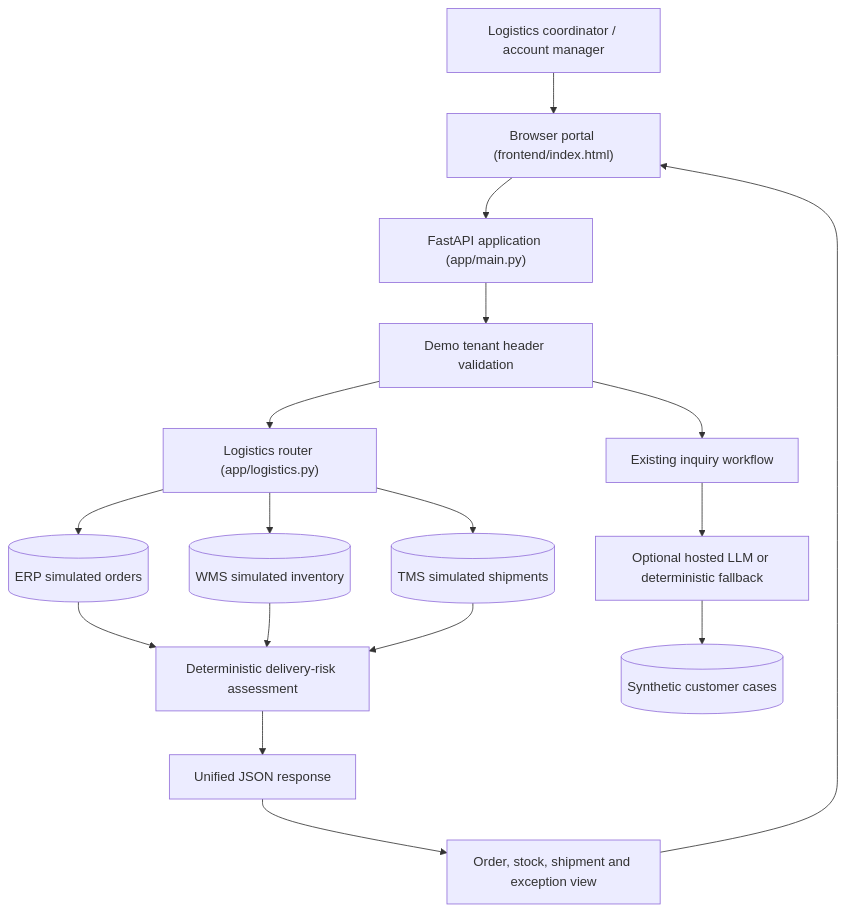
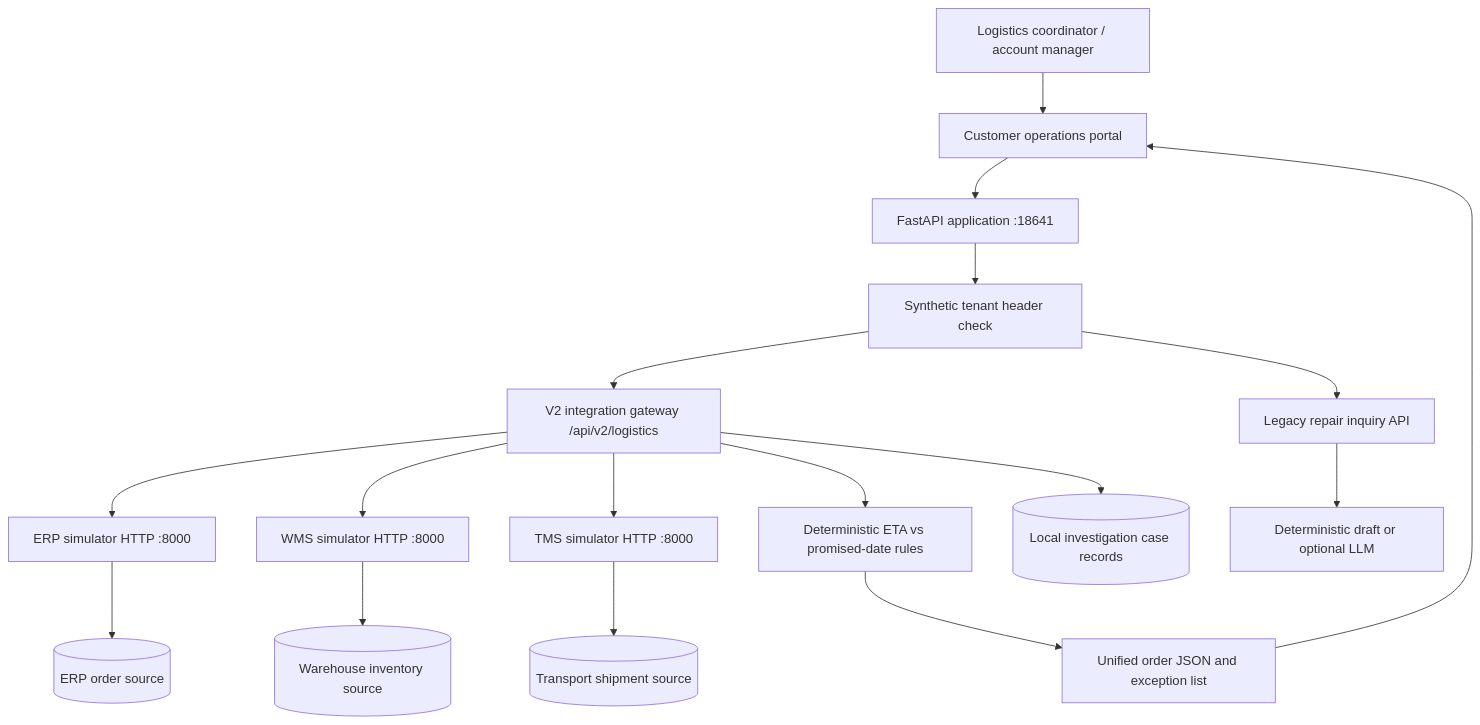
The first of 2 diagrams in README.md (nolet7/lsk-cusmerfacing-fde), drawn with Mermaid before and after one commit. The commit also changed other lines of this file, not shown here.

Commit message:
docs(fde): complete end-to-end CTO-to-user request journey and delivery plan

````diff
--- a/README.md
+++ b/README.md
@@ -26,29 +30,19 @@
 ```mermaid
 flowchart TD
-    User["Logistics coordinator / account manager"]
-    Browser["Browser portal (frontend/index.html)"]
-    API["FastAPI application (app/main.py)"]
-    Tenant["Demo tenant header validation"]
-    Logistics["Logistics router (app/logistics.py)"]
-    ERP[("ERP simulated orders")]
-    WMS[("WMS simulated inventory")]
-    TMS[("TMS simulated shipments")]
-    Rules["Deterministic delivery-risk assessment"]
-    Response["Unified JSON response"]
-    UI["Order, stock, shipment and exception view"]
-    Inquiry["Existing inquiry workflow"]
-    LLM["Optional hosted LLM or deterministic fallback"]
-    Cases[("Synthetic customer cases")]
-
-    User --> Browser --> API --> Tenant
-    Tenant --> Logistics
-    Logistics --> ERP
-    Logistics --> WMS
-    Logistics --> TMS
-    ERP --> Rules
-    WMS --> Rules
-    TMS --> Rules
-    Rules --> Response --> UI
-    UI --> Browser
-    Tenant --> Inquiry --> LLM --> Cases
+    User["Logistics coordinator / account manager"] --> Portal["Customer operations portal"]
+    Portal --> Gateway["FastAPI application :18641"]
+    Gateway --> Scope["Synthetic tenant header check"]
+    Scope --> V2["V2 integration gateway /api/v2/logistics"]
+    V2 --> ERP["ERP simulator HTTP :8000"]
+    V2 --> WMS["WMS simulator HTTP :8000"]
+    V2 --> TMS["TMS simulator HTTP :8000"]
+    ERP --> Orders[("ERP order source")]
+    WMS --> Inventory[("Warehouse inventory source")]
+    TMS --> Shipments[("Transport shipment source")]
+    V2 --> Rules["Deterministic ETA vs promised-date rules"]
+    Rules --> Result["Unified order JSON and exception list"]
+    Result --> Portal
+    V2 --> Cases[("Local investigation case records")]
+    Scope --> Inquiry["Legacy repair inquiry API"]
+    Inquiry --> Draft["Deterministic draft or optional LLM"]
 ```
````
